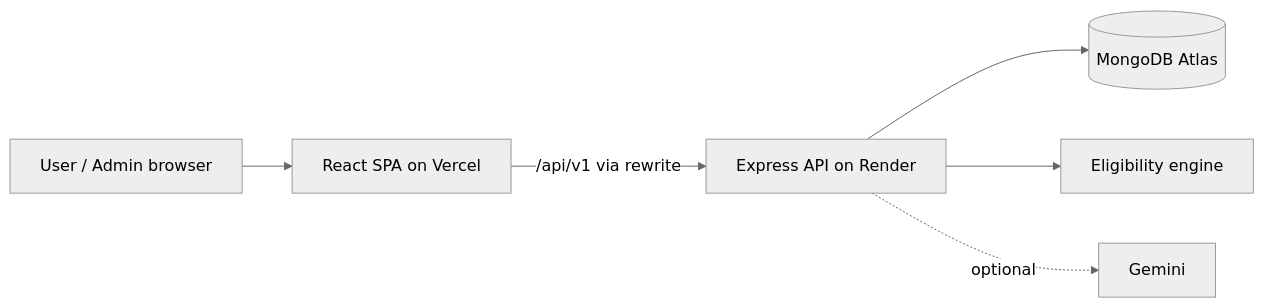
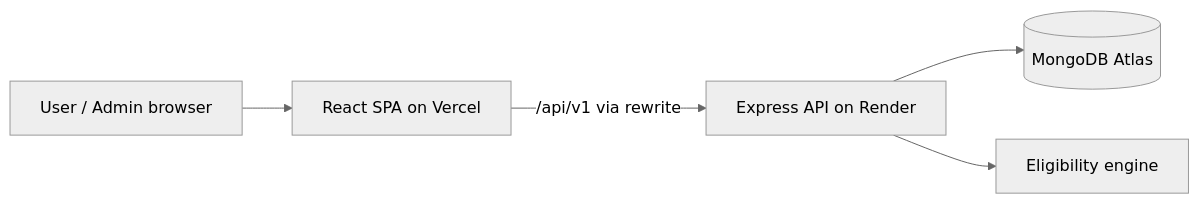
Before and after one commit to KhushiGupta0104/SchemeSetu: the diagram in docs/PROJECT_REPORT.md, drawn with Mermaid (neutral theme). The commit also changed other lines of this file and 29 other files, not shown here.

````diff
--- a/docs/PROJECT_REPORT.md
+++ b/docs/PROJECT_REPORT.md
@@ -93,8 +92,7 @@
 ```mermaid
 flowchart LR
   U[User / Admin browser] --> FE[React SPA on Vercel]
   FE -- "/api/v1 via rewrite" --> BE[Express API on Render]
   BE --> DB[(MongoDB Atlas)]
   BE --> EN[Eligibility engine]
-  BE -. optional .-> AI[Gemini]
 ```
````
